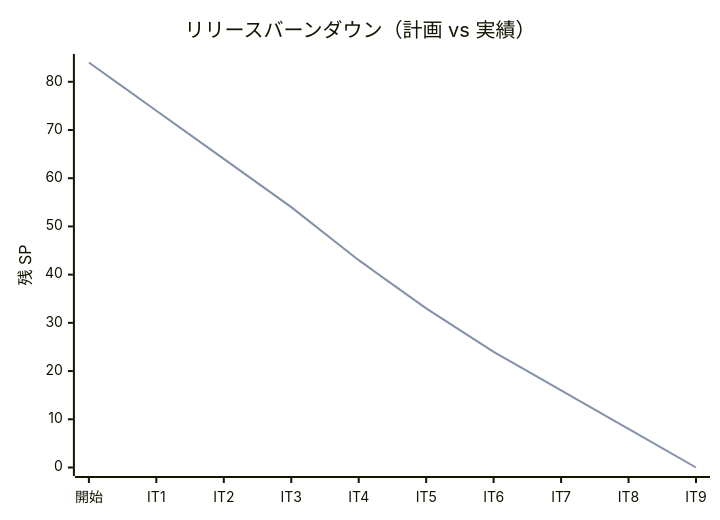
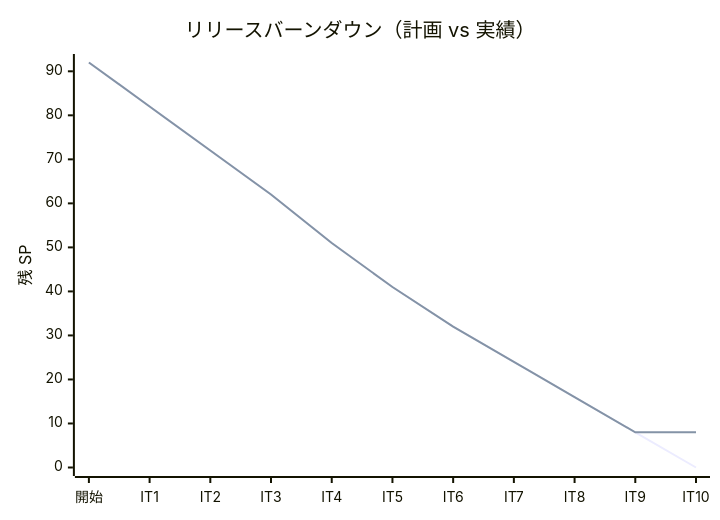
The third of 3 diagrams in docs/development/release_plan.md (k2works/case-study-cargo-tracker), drawn with Mermaid before and after one commit. The commit also changed other lines of this file and 1 other file, not shown here.

Commit message:
docs(it10): IT10 計画をスケルトンから正式版へ昇格
iteration_plan-10.md を Release 1.1 正式版昇格用の正式版計画として確定。
タイトルから「（スケルトン）」を削除、期間を 2026-06-08 〜 2026-06-19 に確定、
US30-US34 のストーリー文と受入条件（19 件）を追加、Week 1/Week 2 別
mermaid ガントチャート + Day 1-10 詳細スケジュールを追加、設計セクション
（ADR 一覧 + ディレクトリ構成 + API 設計）を追加、リスク R7（見積もり超過）を追加。

release_plan.md の進捗状況テーブルに IT10 行を追加、累計 84/84 → 84/92 SP
（91%）に更新、バーンダウンチャートに IT10 軸を追加。

GitHub Project への同期は別途実施済み（#195-#199 + Milestone「Release 1.1
正式版」#18）。

````diff
--- a/docs/development/release_plan.md
+++ b/docs/development/release_plan.md
@@ -398,8 +399,8 @@
 ```mermaid
 xychart-beta
     title "リリースバーンダウン（計画 vs 実績）"
-    x-axis ["開始", "IT1", "IT2", "IT3", "IT4", "IT5", "IT6", "IT7", "IT8", "IT9"]
-    y-axis "残 SP" 0 --> 84
-    line "計画" [84, 74, 64, 54, 43, 33, 24, 16, 8, 0]
-    line "実績" [84, 74, 64, 54, 43, 33, 24, 16, 8, 0]
+    x-axis ["開始", "IT1", "IT2", "IT3", "IT4", "IT5", "IT6", "IT7", "IT8", "IT9", "IT10"]
+    y-axis "残 SP" 0 --> 92
+    line "計画" [92, 82, 72, 62, 51, 41, 32, 24, 16, 8, 0]
+    line "実績" [92, 82, 72, 62, 51, 41, 32, 24, 16, 8, 8]
 ```
````
